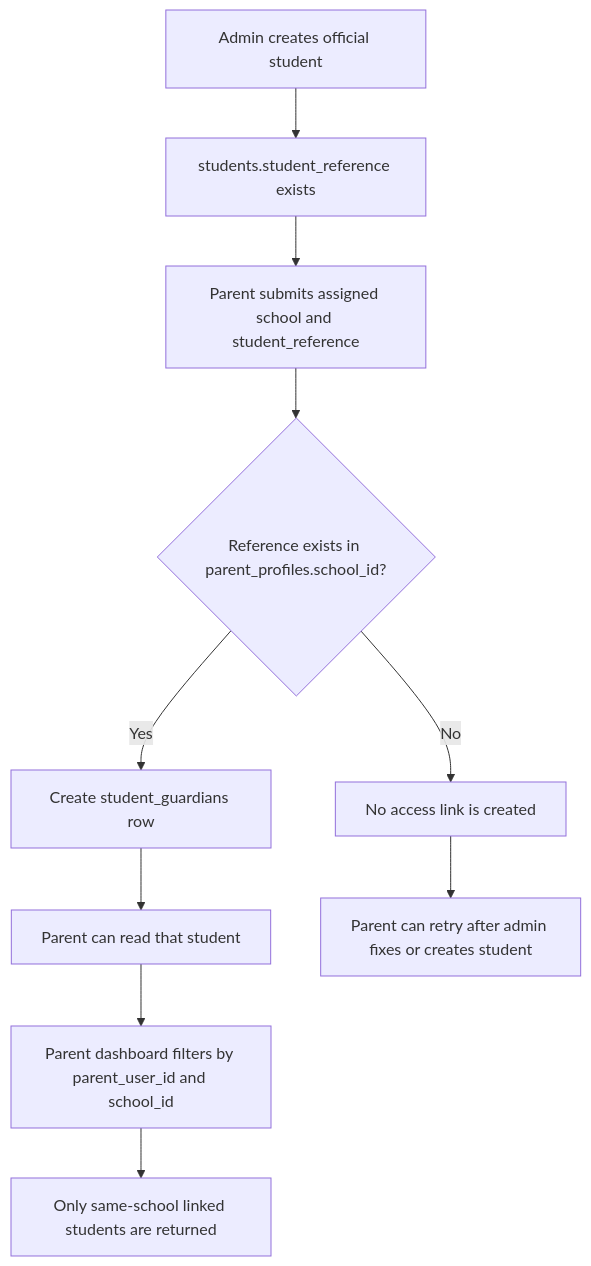
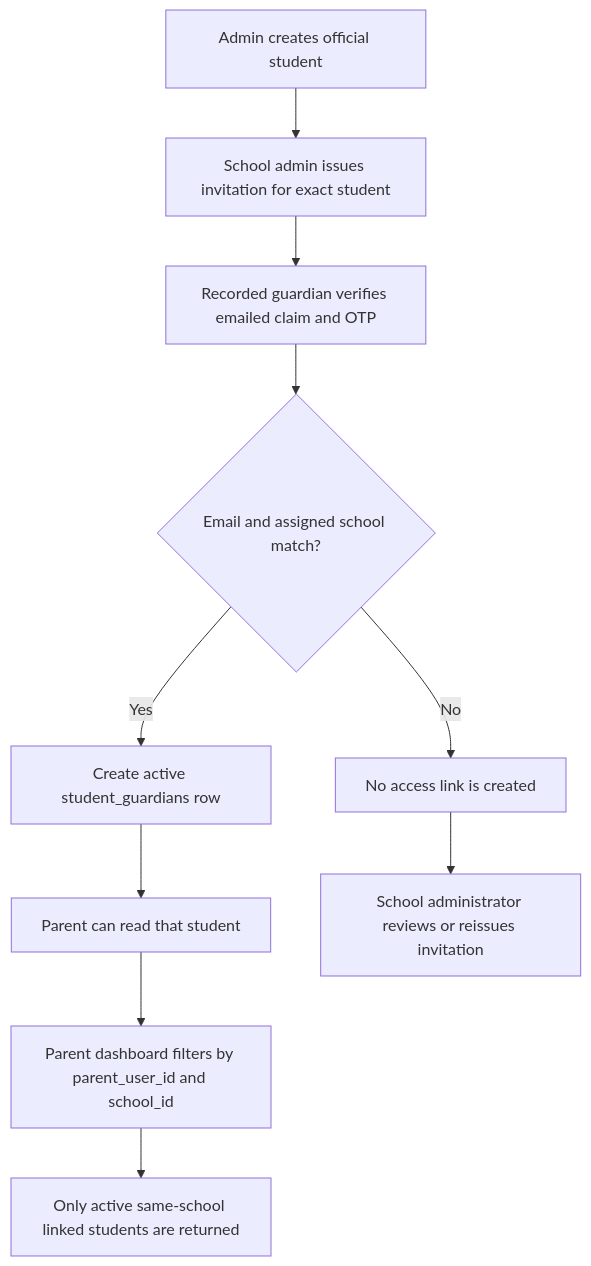
Diagram 14 of 23 in docs/PROJECT_FLOWCHARTS.md (Xeyn19/xmetapay), drawn with Mermaid before and after one commit. The commit also changed other lines of this file and 40 other files, not shown here.

Commit message:
feat(parent): add invitation OTP claim flow

````diff
--- a/docs/PROJECT_FLOWCHARTS.md
+++ b/docs/PROJECT_FLOWCHARTS.md
@@ -495,12 +494,12 @@
 ```mermaid
 flowchart TD
-  A["Admin creates official student"] --> B["students.student_reference exists"]
-  B --> C["Parent submits assigned school and student_reference"]
-  C --> D{"Reference exists in parent_profiles.school_id?"}
+  A["Admin creates official student"] --> B["School admin issues invitation for exact student"]
+  B --> C["Recorded guardian verifies emailed claim and OTP"]
+  C --> D{"Email and assigned school match?"}
   D -->|No| E["No access link is created"]
-  D -->|Yes| F["Create student_guardians row"]
+  D -->|Yes| F["Create active student_guardians row"]
   F --> G["Parent can read that student"]
   G --> H["Parent dashboard filters by parent_user_id and school_id"]
-  H --> I["Only same-school linked students are returned"]
-  E --> J["Parent can retry after admin fixes or creates student"]
+  H --> I["Only active same-school linked students are returned"]
+  E --> J["School administrator reviews or reissues invitation"]
 ```
````
